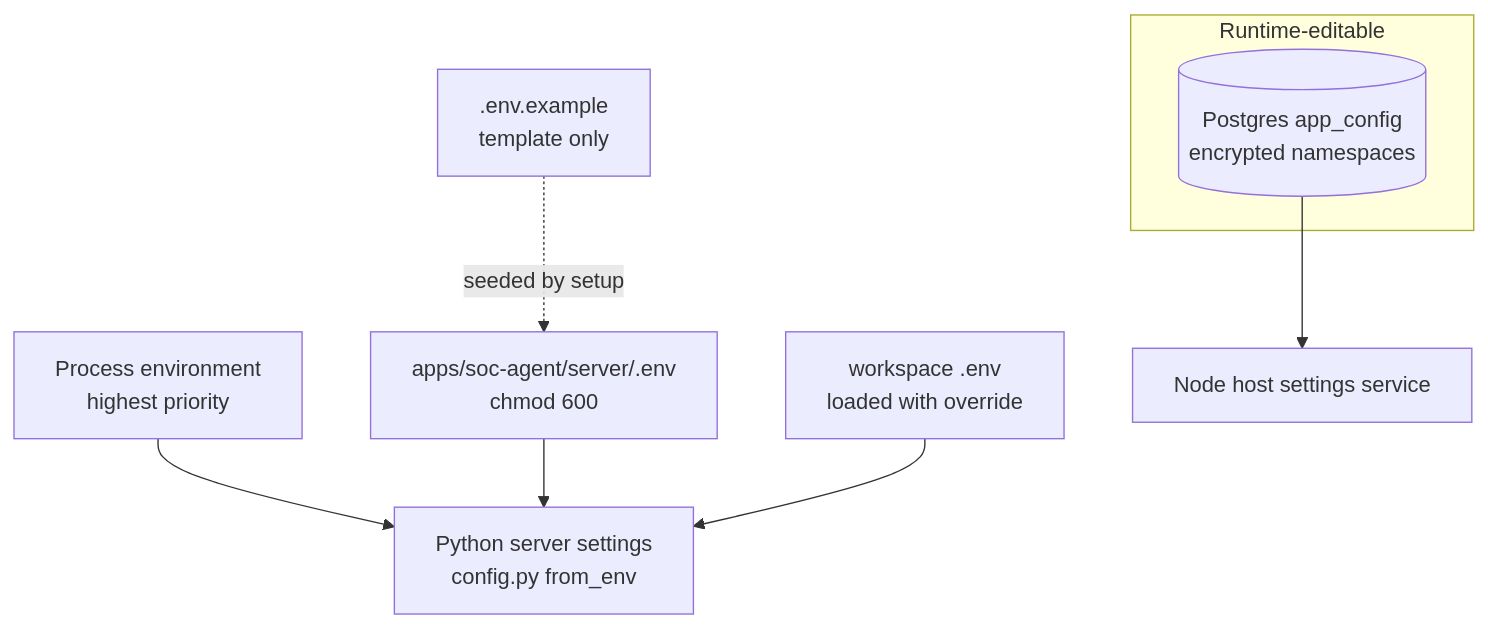
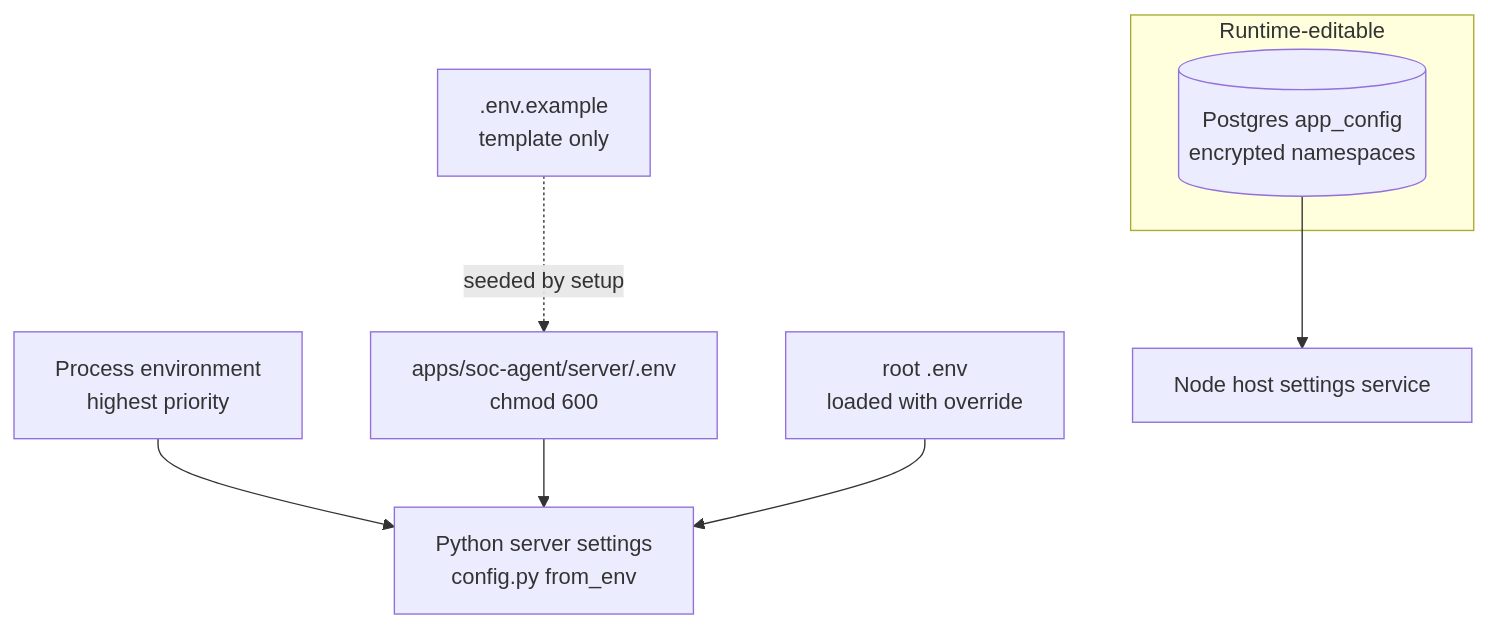
The diagram in docs/CONFIGURATION.md (Benchan691/CITIC_AGENT), drawn with Mermaid before and after one commit. The commit also changed other lines of this file and 74 other files, not shown here.

````diff
--- a/docs/CONFIGURATION.md
+++ b/docs/CONFIGURATION.md
@@ -18,11 +18,11 @@
 ```mermaid
 flowchart TD
     ENV[Process environment<br/>highest priority] --> P[Python server settings<br/>config.py from_env]
     SE[apps/soc-agent/server/.env<br/>chmod 600] --> P
-    WE[workspace .env<br/>loaded with override] --> P
+    WE[root .env<br/>loaded with override] --> P
     EX[.env.example<br/>template only] -.seeded by setup.-> SE
     subgraph Runtime-editable
         AC[(Postgres app_config<br/>encrypted namespaces)]
     end
     AC --> H[Node host settings service]
 ```
````
